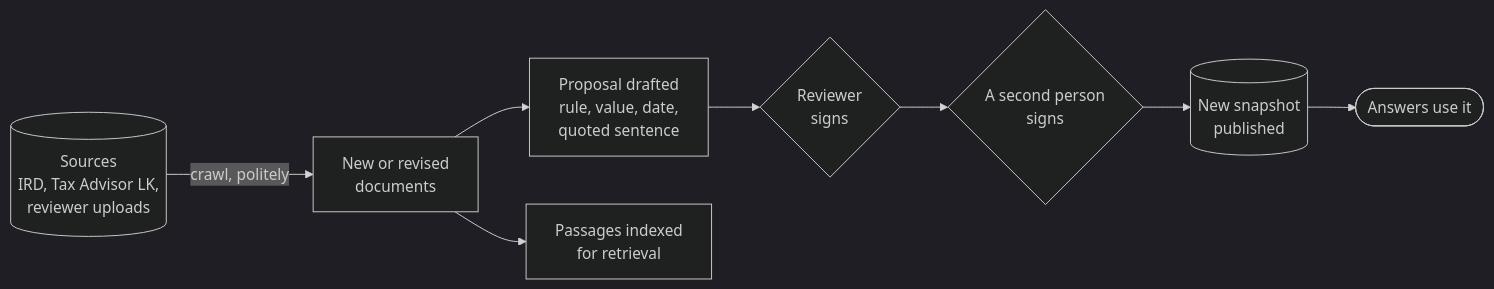
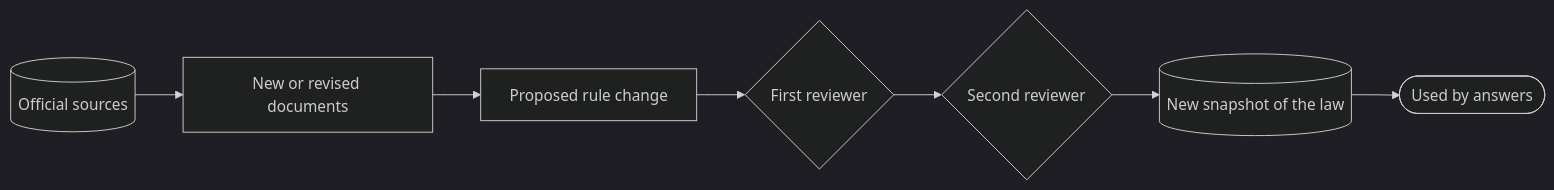
One commit to PasinduSuraweera/citetax changed the fourth of 4 diagrams in README.md. Above: the diagram before and after it, drawn with Mermaid (dark theme). The commit also changed other lines of this file and 6 other files, not shown here.

````diff
--- a/README.md
+++ b/README.md
@@ -88,10 +158,9 @@
 ```mermaid
 flowchart LR
-    S[(Sources<br/>IRD, Tax Advisor LK,<br/>reviewer uploads)] -->|crawl, politely| D[New or revised<br/>documents]
-    D --> P[Proposal drafted<br/>rule, value, date,<br/>quoted sentence]
-    D --> IX[Passages indexed<br/>for retrieval]
-    P --> R1{Reviewer<br/>signs}
-    R1 --> R2{A second person<br/>signs}
-    R2 --> SN[(New snapshot<br/>published)]
-    SN --> Q([Answers use it])
+    S[(Official sources)] --> D[New or revised documents]
+    D --> P[Proposed rule change]
+    P --> R1{First reviewer}
+    R1 --> R2{Second reviewer}
+    R2 --> SN[(New snapshot of the law)]
+    SN --> A([Used by answers])
 ```
````
